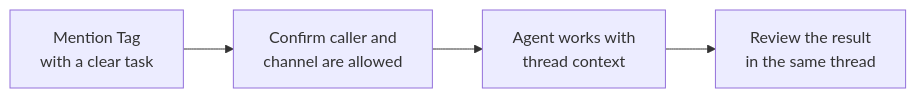
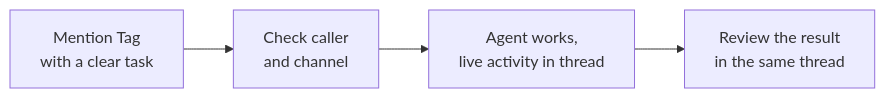
The fourth of 16 diagrams in docs/user-flows.md (klovr-co/hover-tag), drawn with Mermaid before and after one commit. The commit also changed other lines of this file and 48 other files, not shown here.

````diff
--- a/docs/user-flows.md
+++ b/docs/user-flows.md
@@ -209,9 +168,9 @@
 ```mermaid
 flowchart LR
     Ask["Mention Tag<br/>with a clear task"]
-    Check["Confirm caller and<br/>channel are allowed"]
-    Work["Agent works with<br/>thread context"]
+    Check["Check caller<br/>and channel"]
+    Work["Agent works,<br/>live activity in thread"]
     Reply["Review the result<br/>in the same thread"]
 
     Ask --> Check --> Work --> Reply
 ```
````
